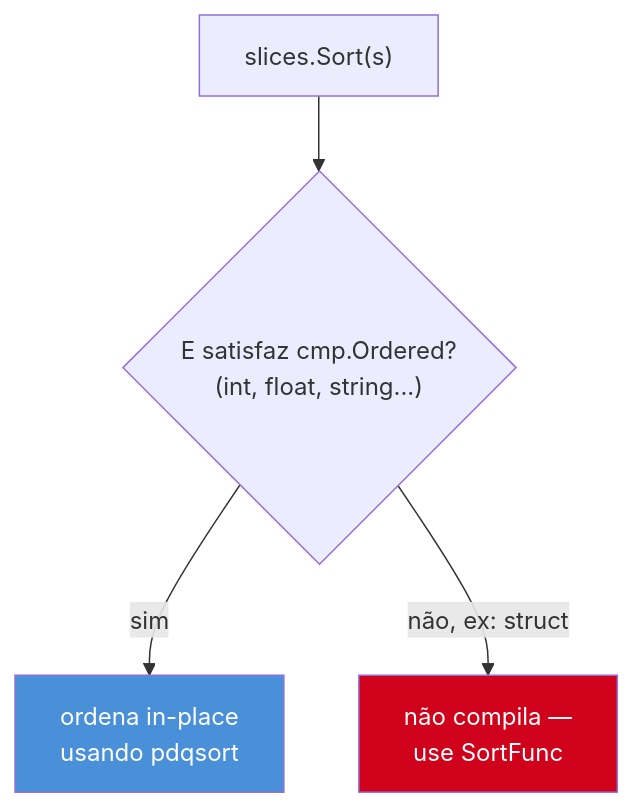
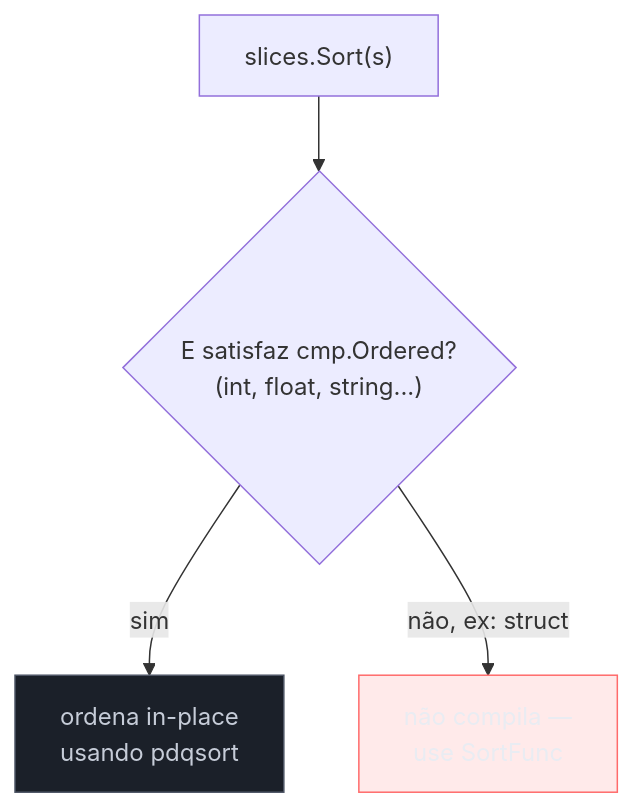
Before and after one commit to josenaldo/codex-technomanticus: the first of 3 diagrams in 03-Dominios/Tecnologia/Go/05 - Coleções e dados/07 - Ordenação e busca com slices e sort.md, drawn with Mermaid. The commit also changed other lines of this file and 1181 other files, not shown here.

First line of the commit message:
fix(diagramas): paleta do sistema no lugar de cor cravada no markdown

````diff
--- a/03-Dominios/Tecnologia/Go/05 - Coleções e dados/07 - Ordenação e busca com slices e sort.md
+++ b/03-Dominios/Tecnologia/Go/05 - Coleções e dados/07 - Ordenação e busca com slices e sort.md
@@ -58,9 +58,11 @@
 ```mermaid
 flowchart TD
+    classDef neutro fill:#1B2029,stroke:#4E5666,color:#C6CCD8
+    classDef falha fill:#FF6B6B24,stroke:#FF6B6B,color:#E9ECF2
     A["slices.Sort(s)"] --> B{"E satisfaz cmp.Ordered?\n(int, float, string...)"}
     B -->|sim| C["ordena in-place\nusando pdqsort"]
     B -->|não, ex: struct| D["não compila —\nuse SortFunc"]
 
-    style C fill:#4A90D9,color:#fff
-    style D fill:#D0021B,color:#fff
+    class C neutro
+    class D falha
 ```
````
